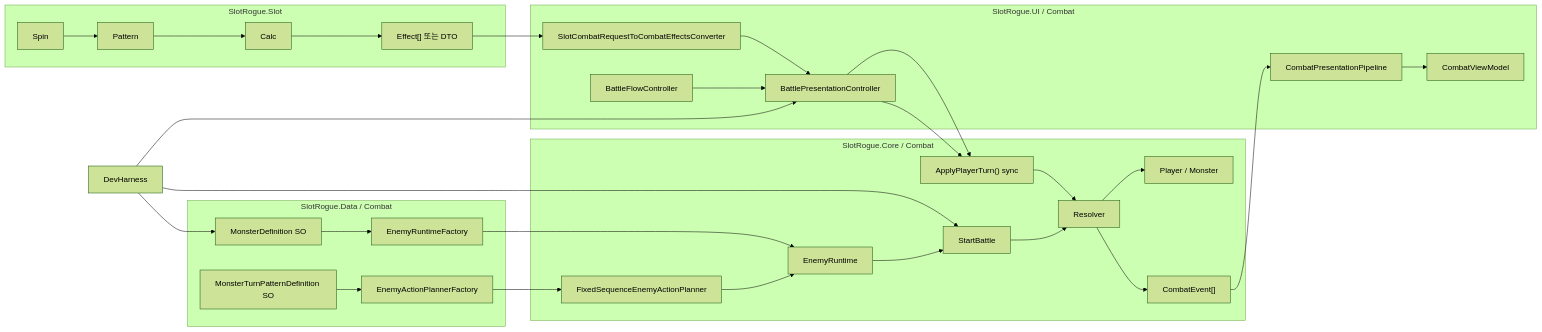
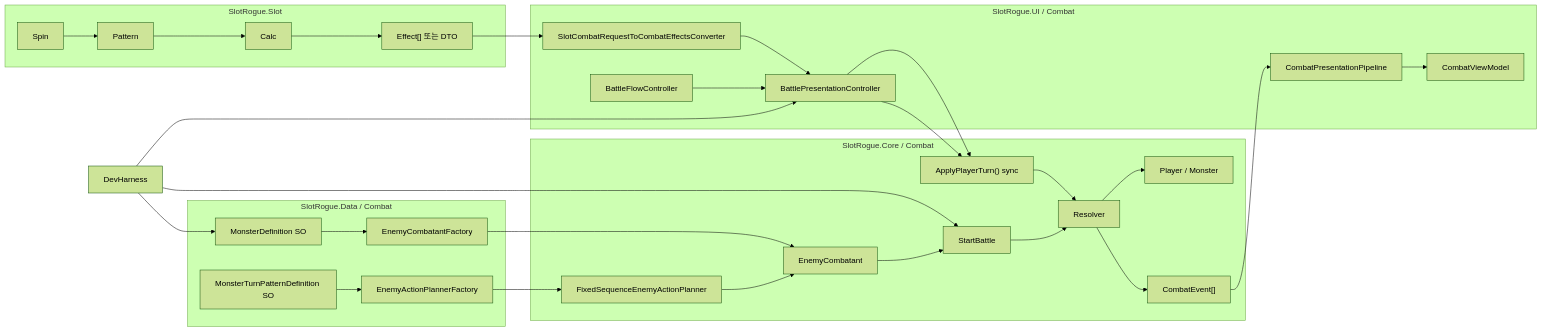
Before and after one commit to YooKyubin/SlotRogue: the fourth of 5 diagrams in docs/design-docs/combat-core.md, drawn with Mermaid (forest theme). The commit also changed other lines of this file and 14 other files, not shown here.

````diff
--- a/docs/design-docs/combat-core.md
+++ b/docs/design-docs/combat-core.md
@@ -181,47 +181,47 @@
 ```mermaid
 flowchart LR
     subgraph Slot["SlotRogue.Slot"]
         Spin --> Pattern --> Calc --> Build["Effect[] 또는 DTO"]
     end
 
     subgraph Data["SlotRogue.Data / Combat"]
         MonsterSO["MonsterDefinition SO"]
         PatternSO["MonsterTurnPatternDefinition SO"]
         PatternSO --> PlannerFactory
         MonsterSO --> Factory
     end
 
     subgraph Integration["SlotRogue.UI / Combat"]
         Adapt["SlotCombatRequestToCombatEffectsConverter"]
         Flow["BattlePresentationController"]
         Pipe["CombatPresentationPipeline"]
         VM["CombatViewModel"]
         BattleFlow["BattleFlowController"]
         PlannerFactory["EnemyActionPlannerFactory"]
-        Factory["EnemyRuntimeFactory"]
+        Factory["EnemyCombatantFactory"]
     end
 
     subgraph Combat["SlotRogue.Core / Combat"]
-        Runtime["EnemyRuntime"]
+        Runtime["EnemyCombatant"]
         Planner["FixedSequenceEnemyActionPlanner"]
         StartBattle --> Resolver
         Factory --> Runtime
         PlannerFactory --> Planner
         Planner --> Runtime
         Runtime --> StartBattle
         Adapt --> Flow
         Flow --> Apply["ApplyPlayerTurn() sync"]
         Apply --> Resolver
         Resolver --> Events["CombatEvent[]"]
         Resolver --> Participant["Player / Monster"]
         Events --> Pipe
         Pipe --> VM
         BattleFlow --> Flow
     end
 
     Build --> Adapt
     Flow --> Apply
     DevHarness --> MonsterSO
     DevHarness --> StartBattle
     DevHarness --> Flow
 ```
````
